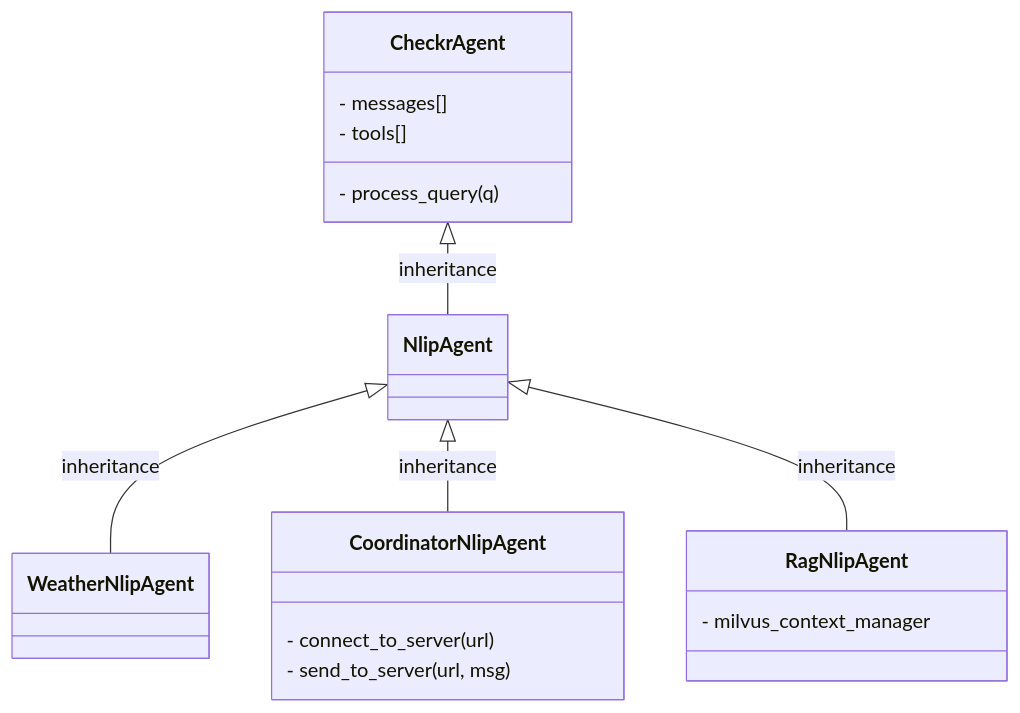
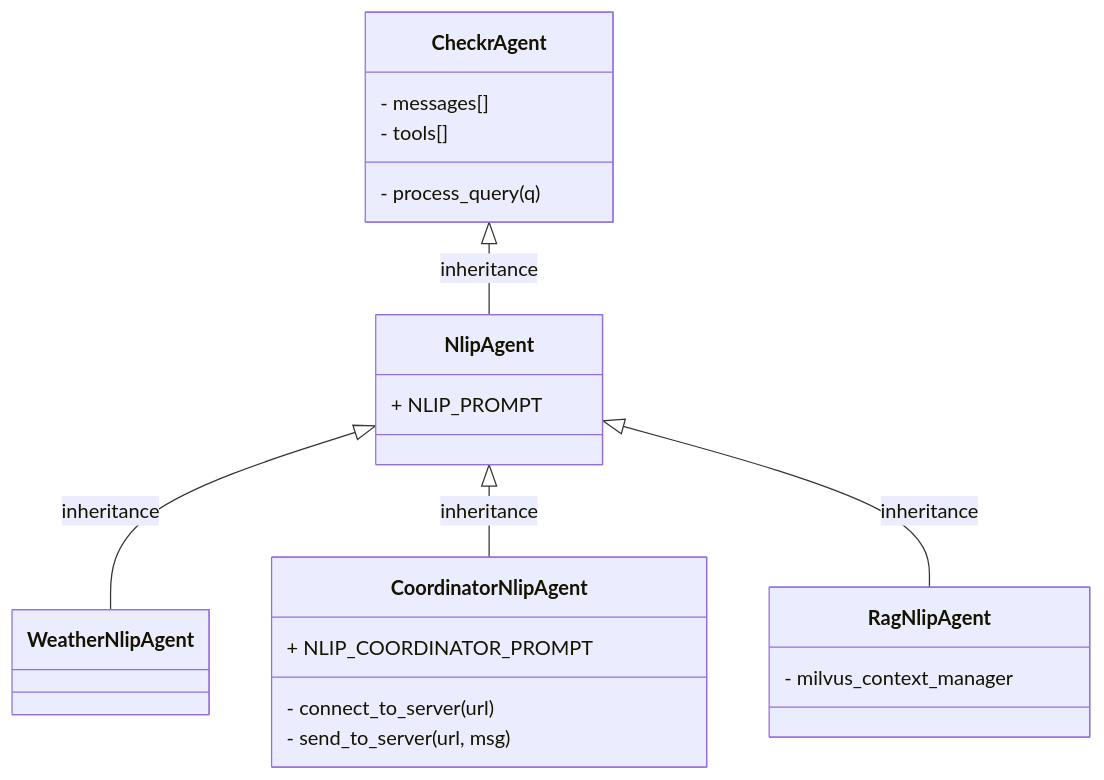
One commit to sheffler/checkr-agents changed the diagram in checkr_agents/agents/README.md. Above: the diagram before and after it, drawn with Mermaid.

````diff
--- a/checkr_agents/agents/README.md
+++ b/checkr_agents/agents/README.md
@@ -3,30 +3,33 @@
 ``` mermaid
 
 classDiagram
     class CheckrAgent {
 	  - messages[]
 	  - tools[]
 
 	  - process_query(q)
 	}
 	
 	class NlipAgent {
+	  + NLIP_PROMPT
 	}
 
 	class WeatherNlipAgent {
 	}
 
 	class CoordinatorNlipAgent {
+	  + NLIP_COORDINATOR_PROMPT
+
 	  - connect_to_server(url)
 	  - send_to_server(url, msg)
 	}
 
 	class RagNlipAgent {
 	  - milvus_context_manager
 	}
 	
 	CheckrAgent <|-- NlipAgent : inheritance
 	NlipAgent <|-- WeatherNlipAgent : inheritance
 	NlipAgent <|-- CoordinatorNlipAgent : inheritance
 	NlipAgent <|-- RagNlipAgent : inheritance
 ```
````
